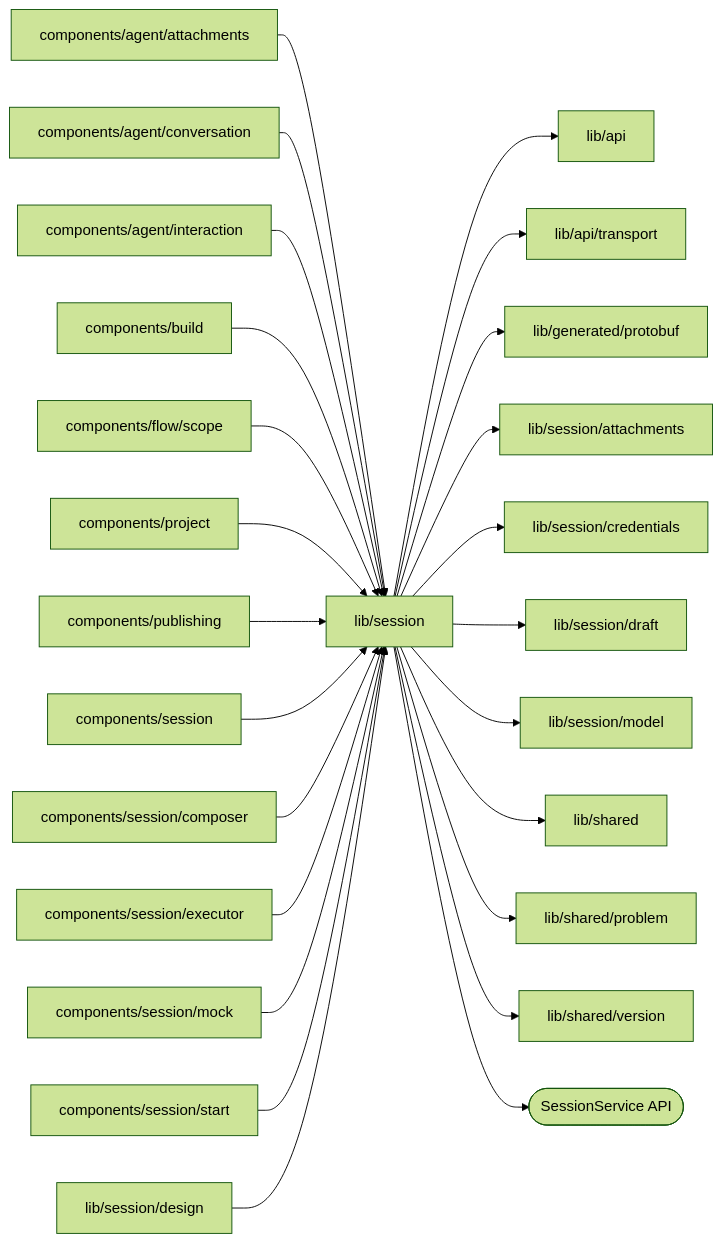
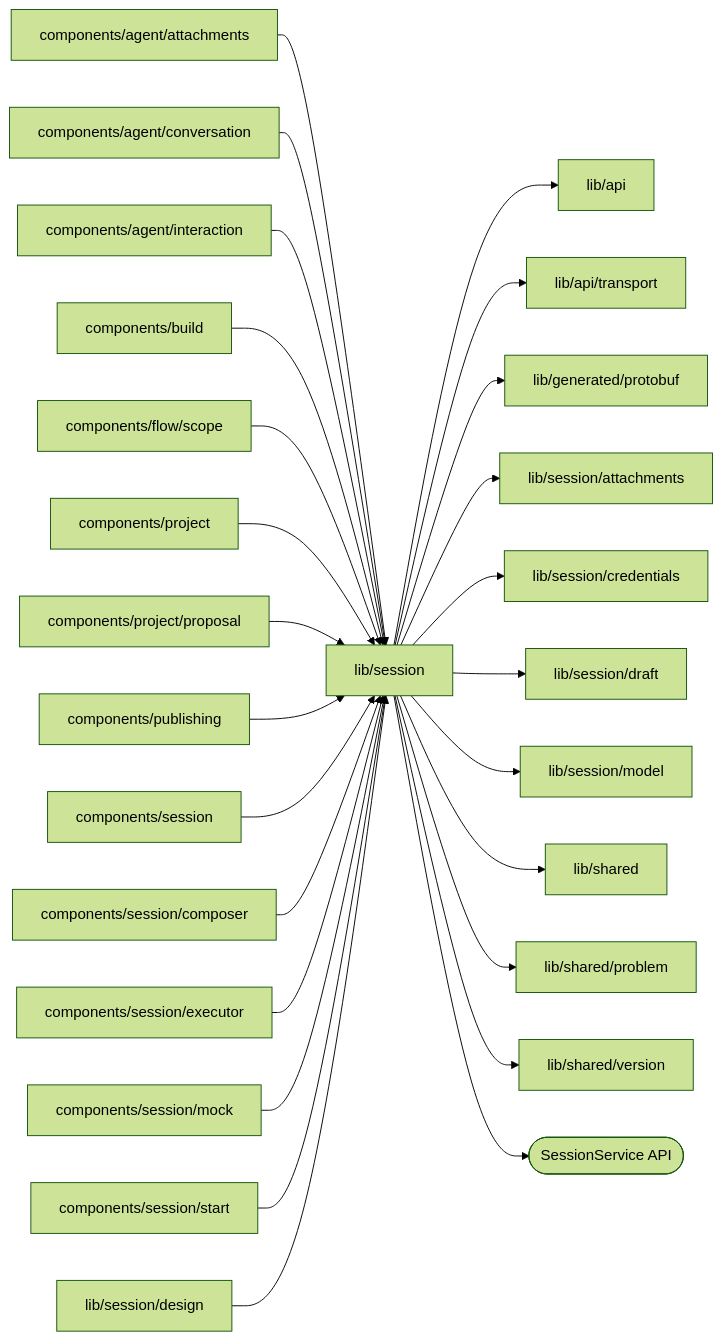
The diagram in web/studio/lib/session/README.md (superdurable/superverse), drawn with Mermaid (forest theme) before and after one commit. The commit also changed other lines of this file and 226 other files, not shown here.

````diff
--- a/web/studio/lib/session/README.md
+++ b/web/studio/lib/session/README.md
@@ -10,28 +10,29 @@
 ```mermaid
 flowchart LR
   self["lib/session"]
   c0["components/agent/attachments"] --> self
   c1["components/agent/conversation"] --> self
   c2["components/agent/interaction"] --> self
   c3["components/build"] --> self
   c4["components/flow/scope"] --> self
   c5["components/project"] --> self
-  c6["components/publishing"] --> self
-  c7["components/session"] --> self
-  c8["components/session/composer"] --> self
-  c9["components/session/executor"] --> self
-  c10["components/session/mock"] --> self
-  c11["components/session/start"] --> self
-  c12["lib/session/design"] --> self
+  c6["components/project/proposal"] --> self
+  c7["components/publishing"] --> self
+  c8["components/session"] --> self
+  c9["components/session/composer"] --> self
+  c10["components/session/executor"] --> self
+  c11["components/session/mock"] --> self
+  c12["components/session/start"] --> self
+  c13["lib/session/design"] --> self
   self --> d0["lib/api"]
   self --> d1["lib/api/transport"]
   self --> d2["lib/generated/protobuf"]
   self --> d3["lib/session/attachments"]
   self --> d4["lib/session/credentials"]
   self --> d5["lib/session/draft"]
   self --> d6["lib/session/model"]
   self --> d7["lib/shared"]
   self --> d8["lib/shared/problem"]
   self --> d9["lib/shared/version"]
   self --> e0(["SessionService API"])
 ```
````
